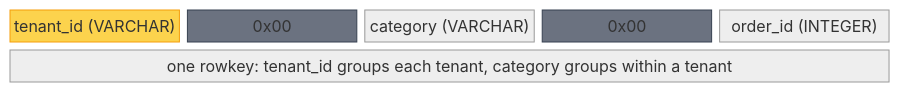
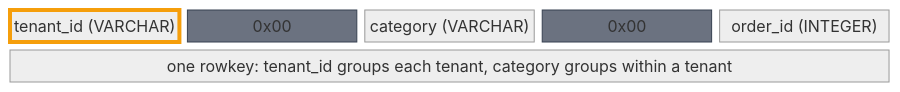
The second of 2 diagrams in src/content/blog/phoenix-features/views-and-multi-tenancy.md (palashc/palashc.github.io), drawn with Mermaid (neutral theme) before and after one commit. The commit also changed other lines of this file and 21 other files, not shown here.

````diff
--- a/src/content/blog/phoenix-features/views-and-multi-tenancy.md
+++ b/src/content/blog/phoenix-features/views-and-multi-tenancy.md
@@ -89,9 +90,9 @@
 ```mermaid
 block-beta
   columns 5
   t["tenant_id (VARCHAR)"] s1["0x00"] c["category (VARCHAR)"] s2["0x00"] o["order_id (INTEGER)"]
   rk["one rowkey: tenant_id groups each tenant, category groups within a tenant"]:5
-  style t fill:#fcd34d,color:#78350f,stroke:#f59e0b
+  style t stroke:#f59e0b,stroke-width:4px
   style s1 fill:#6b7280,color:#fff,stroke:#374151
   style s2 fill:#6b7280,color:#fff,stroke:#374151
 ```
````
